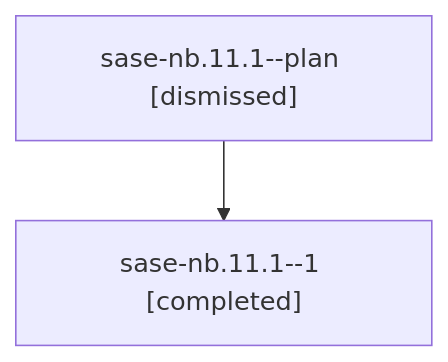
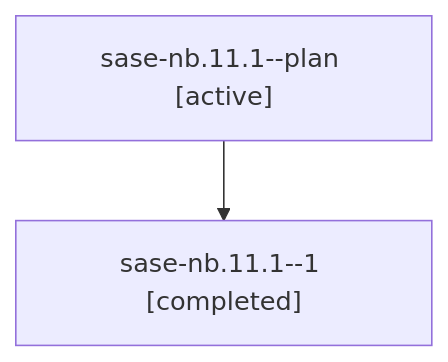
The diagram in families/bbugyi200.athena.sase-nb.11.1.md (sase-org/sase--agents), drawn with Mermaid before and after one commit. The commit also changed other lines of this file and 35830 other files, not shown here.

````diff
--- a/families/bbugyi200.athena.sase-nb.11.1.md
+++ b/families/bbugyi200.athena.sase-nb.11.1.md
@@ -9,6 +9,6 @@
 ```mermaid
 flowchart TD
-  n0["sase-nb.11.1--plan [dismissed]"]
+  n0["sase-nb.11.1--plan [active]"]
   n1["sase-nb.11.1--1 [completed]"]
   n0 --> n1
 ```
````
